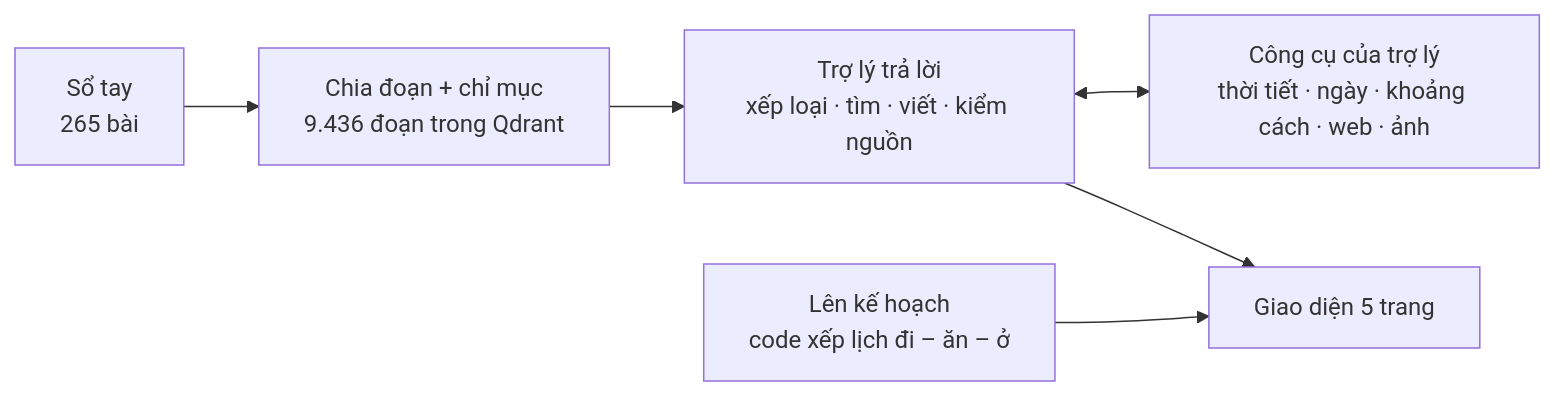
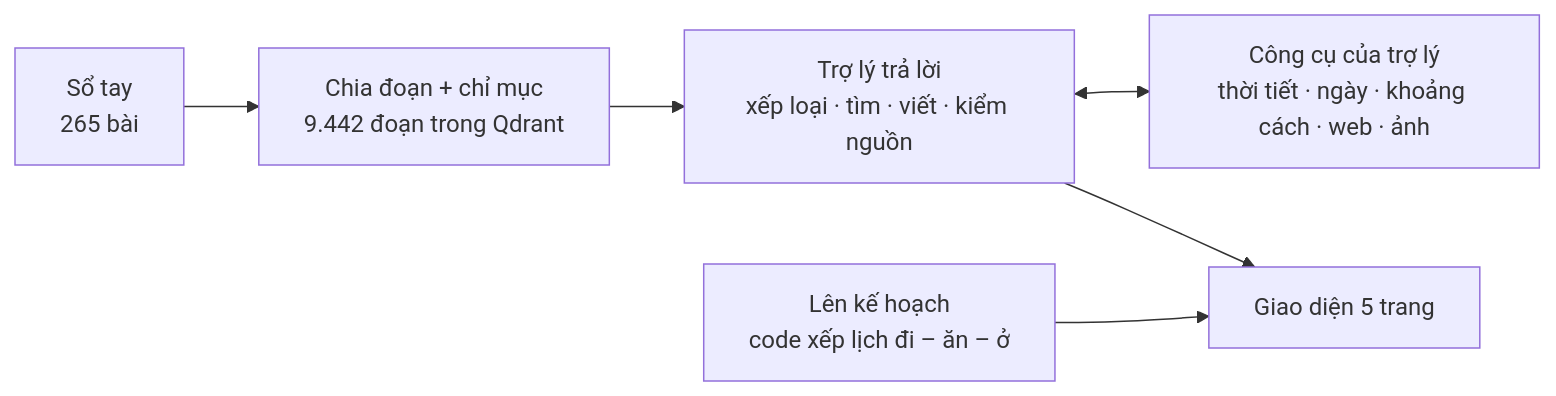
One commit to Sunny-sunnyy/chatbot-hue changed the diagram in bai_hoc/BAN_DO_DU_AN.md. Above: the diagram before and after it, drawn with Mermaid. The commit also changed other lines of this file and 3 other files, not shown here.

````diff
--- a/bai_hoc/BAN_DO_DU_AN.md
+++ b/bai_hoc/BAN_DO_DU_AN.md
@@ -44,8 +44,8 @@
 ```mermaid
 flowchart LR
-    K["Sổ tay<br/>265 bài"] --> Q["Chia đoạn + chỉ mục<br/>9.436 đoạn trong Qdrant"]
+    K["Sổ tay<br/>265 bài"] --> Q["Chia đoạn + chỉ mục<br/>9.442 đoạn trong Qdrant"]
     Q --> T["Trợ lý trả lời<br/>xếp loại · tìm · viết · kiểm nguồn"]
     T <--> C["Công cụ của trợ lý<br/>thời tiết · ngày · khoảng cách · web · ảnh"]
     L["Lên kế hoạch<br/>code xếp lịch đi – ăn – ở"] --> G["Giao diện 5 trang"]
     T --> G
 ```
````
